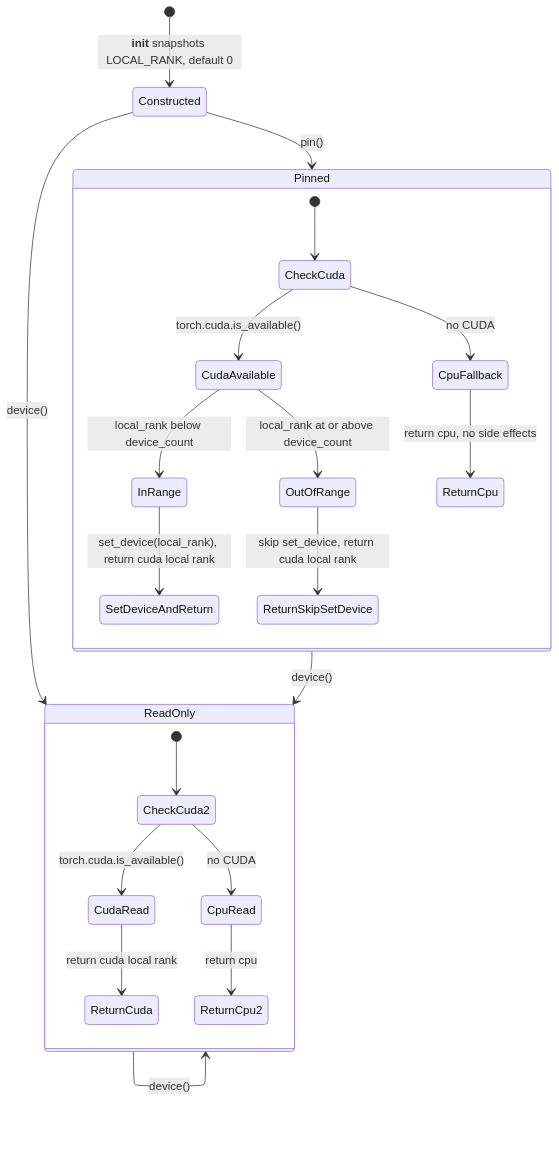
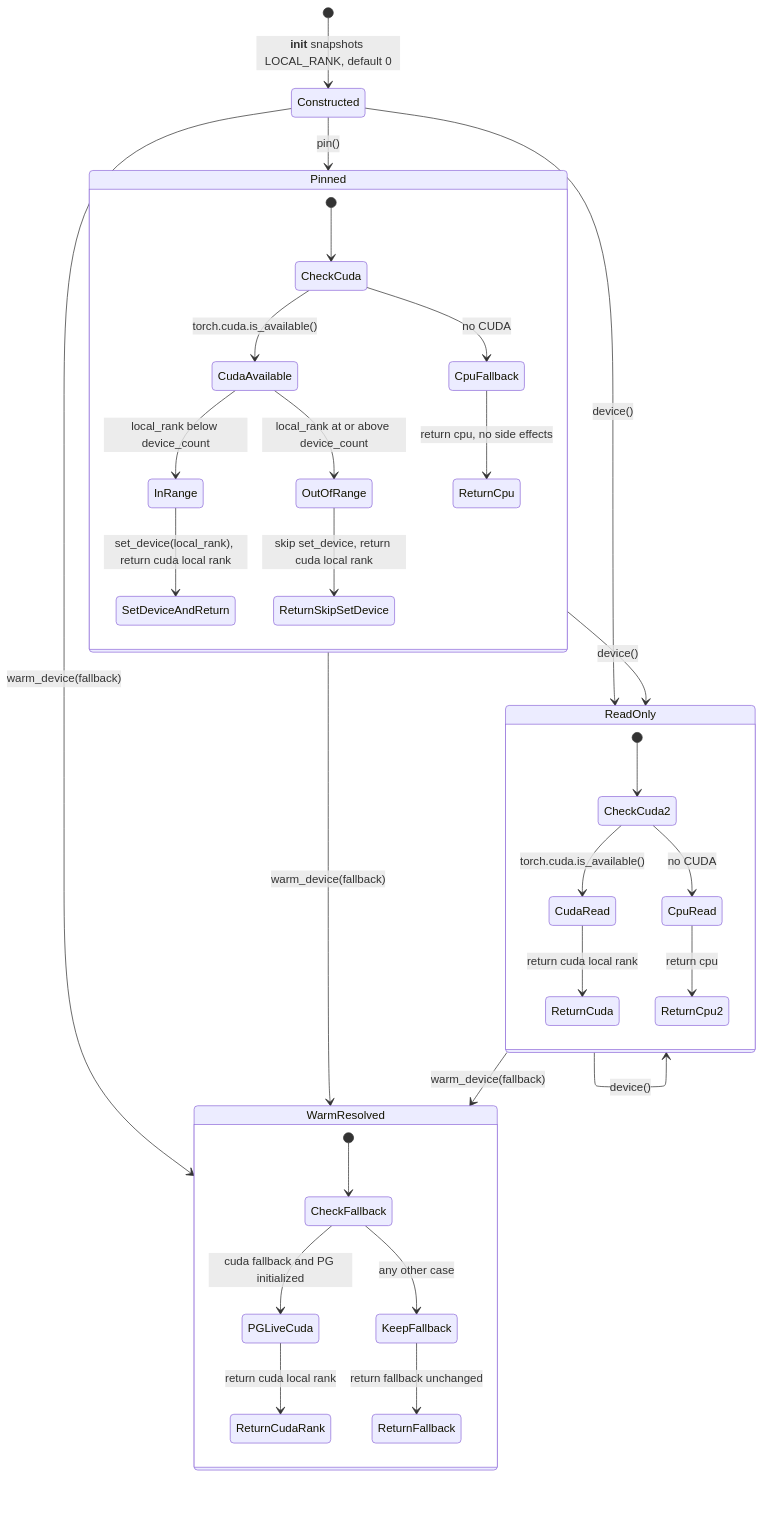
The diagram in openwiki/frozen-arm-and-device-policy.md (ACautomata/manifold), drawn with Mermaid before and after one commit. The commit also changed other lines of this file and 14 other files, not shown here.

````diff
--- a/openwiki/frozen-arm-and-device-policy.md
+++ b/openwiki/frozen-arm-and-device-policy.md
@@ -189,25 +278,35 @@
 ```mermaid
 stateDiagram-v2
     [*] --> Constructed: __init__ snapshots LOCAL_RANK, default 0
     Constructed --> Pinned: pin()
     Constructed --> ReadOnly: device()
+    Constructed --> WarmResolved: warm_device(fallback)
     Pinned --> ReadOnly: device()
     ReadOnly --> ReadOnly: device()
+    Pinned --> WarmResolved: warm_device(fallback)
+    ReadOnly --> WarmResolved: warm_device(fallback)
     state Pinned {
         [*] --> CheckCuda
         CheckCuda --> CudaAvailable: torch.cuda.is_available()
         CheckCuda --> CpuFallback: no CUDA
         CudaAvailable --> InRange: local_rank below device_count
         CudaAvailable --> OutOfRange: local_rank at or above device_count
         InRange --> SetDeviceAndReturn: set_device(local_rank), return cuda local rank
         OutOfRange --> ReturnSkipSetDevice: skip set_device, return cuda local rank
         CpuFallback --> ReturnCpu: return cpu, no side effects
     }
     state ReadOnly {
         [*] --> CheckCuda2
         CheckCuda2 --> CudaRead: torch.cuda.is_available()
         CheckCuda2 --> CpuRead: no CUDA
         CudaRead --> ReturnCuda: return cuda local rank
         CpuRead --> ReturnCpu2: return cpu
     }
+    state WarmResolved {
+        [*] --> CheckFallback
+        CheckFallback --> PGLiveCuda: cuda fallback and PG initialized
+        CheckFallback --> KeepFallback: any other case
+        PGLiveCuda --> ReturnCudaRank: return cuda local rank
+        KeepFallback --> ReturnFallback: return fallback unchanged
+    }
 ```
````
